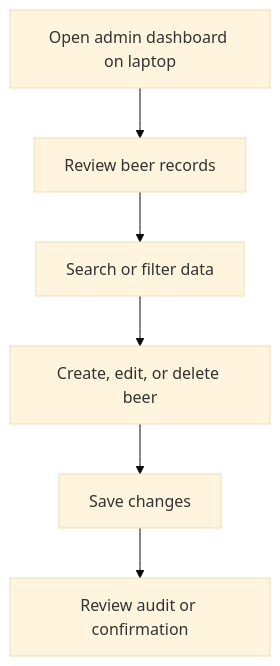
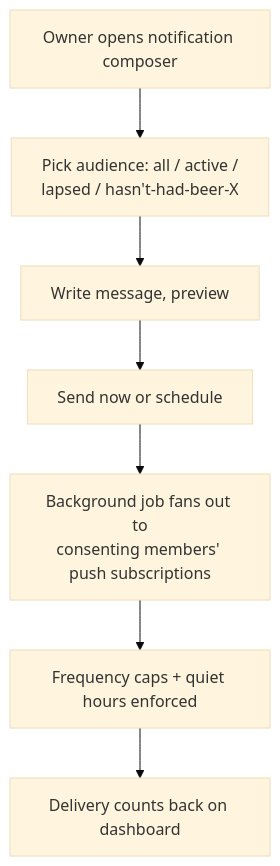
One commit to pmconnolly80/FinalCapstone changed the fourth of 6 diagrams in PRODUCT_FLOW_DIAGRAM.md. Above: the diagram before and after it, drawn with Mermaid (base theme). The commit also changed other lines of this file and 10 other files, not shown here.

First line of the commit message:
docs: expand product plan — one-device PIN confirmation, push, social, My Beers, data sourcing

````diff
--- a/PRODUCT_FLOW_DIAGRAM.md
+++ b/PRODUCT_FLOW_DIAGRAM.md
@@ -34,8 +49,9 @@
 ```mermaid
 flowchart TD
-    A[Open admin dashboard on laptop] --> B[Review beer records]
-    B --> C[Search or filter data]
-    C --> D[Create, edit, or delete beer]
-    D --> E[Save changes]
-    E --> F[Review audit or confirmation]
+    A[Owner opens notification composer] --> B[Pick audience: all / active /<br/>lapsed / hasn't-had-beer-X]
+    B --> C[Write message, preview]
+    C --> D[Send now or schedule]
+    D --> E[Background job fans out to<br/>consenting members' push subscriptions]
+    E --> F[Frequency caps + quiet hours enforced]
+    F --> G[Delivery counts back on dashboard]
 ```
````
